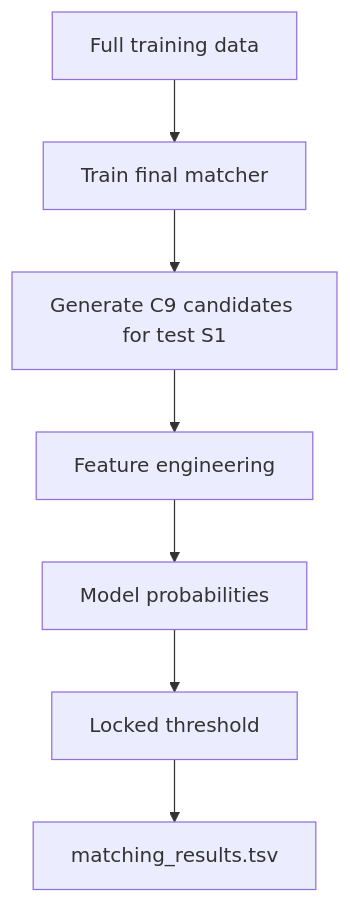
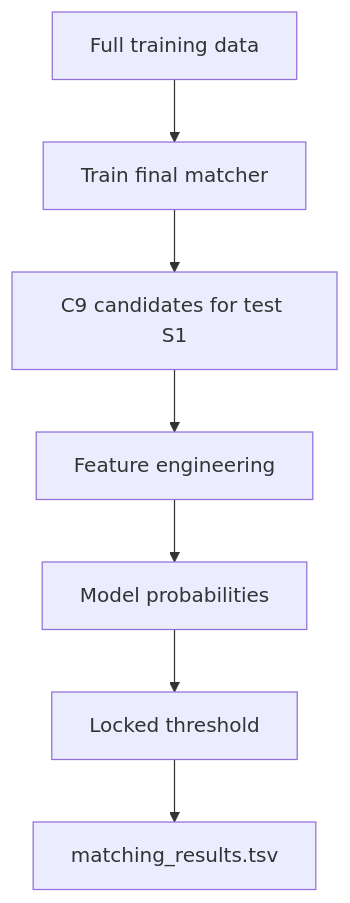
Before and after one commit to DharmiSapariya/Amazom_ML_Challenge_2026: diagram 16 of 17 in README.md, drawn with Mermaid. The commit also changed other lines of this file, not shown here.

````diff
--- a/README.md
+++ b/README.md
@@ -340,9 +409,9 @@
 ```mermaid
 flowchart TD
     A["Full training data"] --> B["Train final matcher"]
-    B --> C["Generate C9 candidates for test S1"]
+    B --> C["C9 candidates for test S1"]
     C --> D["Feature engineering"]
     D --> E["Model probabilities"]
     E --> F["Locked threshold"]
     F --> G["matching_results.tsv"]
 ```
````
